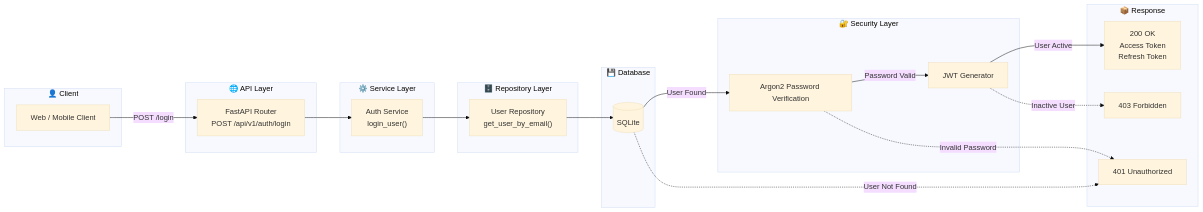
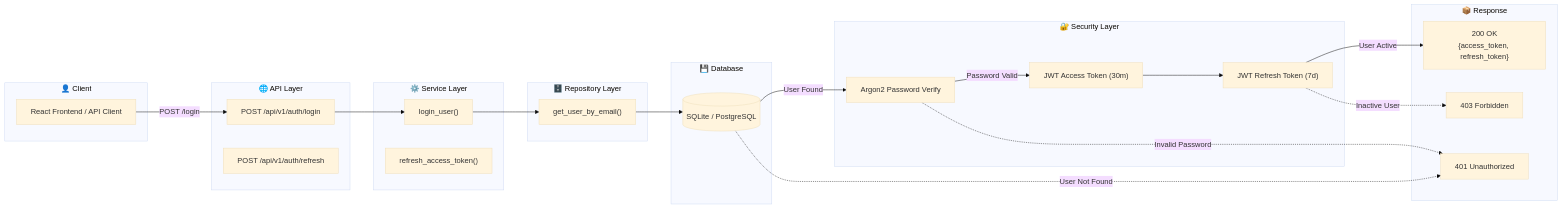
The first of 3 diagrams in docs/diagrams/06-authentication-flow.md (kmrgautam18-alt/career-ops-v2), drawn with Mermaid (base theme) before and after one commit. The commit also changed other lines of this file and 8 other files, not shown here.

First line of the commit message:
docs: comprehensively update all 17 diagrams to reflect complete feature set

````diff
--- a/docs/diagrams/06-authentication-flow.md
+++ b/docs/diagrams/06-authentication-flow.md
@@ -20,48 +19,49 @@
 ```mermaid
 flowchart LR
 
 subgraph Client["👤 Client"]
-    A["Web / Mobile Client"]
+    A["React Frontend / API Client"]
 end
 
 subgraph API["🌐 API Layer"]
-    B["FastAPI Router<br/>POST /api/v1/auth/login"]
+    B["POST /api/v1/auth/login"]
+    C["POST /api/v1/auth/refresh"]
 end
 
 subgraph Service["⚙️ Service Layer"]
-    C["Auth Service<br/>login_user()"]
+    D["login_user()"]
+    E["refresh_access_token()"]
 end
 
 subgraph Repository["🗄️ Repository Layer"]
-    D["User Repository<br/>get_user_by_email()"]
+    F["get_user_by_email()"]
 end
 
 subgraph Database["💾 Database"]
-    E[("SQLite")]
+    G[("SQLite / PostgreSQL")]
 end
 
 subgraph Security["🔐 Security Layer"]
-    F["Argon2 Password Verification"]
-    G["JWT Generator"]
+    H["Argon2 Password Verify"]
+    I["JWT Access Token (30m)"]
+    J["JWT Refresh Token (7d)"]
 end
 
 subgraph Response["📦 Response"]
-    H["200 OK<br/>Access Token<br/>Refresh Token"]
-    I["401 Unauthorized"]
-    J["403 Forbidden"]
+    K["200 OK\n{access_token, refresh_token}"]
+    L["401 Unauthorized"]
+    M["403 Forbidden"]
 end
 
 A -->|"POST /login"| B
-B --> C
-C --> D
-D --> E
-
-E -->|"User Found"| F
-E -.->|"User Not Found"| I
-
-F -->|"Password Valid"| G
-F -.->|"Invalid Password"| I
-
-G -->|"User Active"| H
-G -.->|"Inactive User"| J
+B --> D
+D --> F
+F --> G
+G -->|"User Found"| H
+G -.->|"User Not Found"| L
+H -->|"Password Valid"| I
+H -.->|"Invalid Password"| L
+I --> J
+J -->|"User Active"| K
+J -.->|"Inactive User"| M
 ```
````
